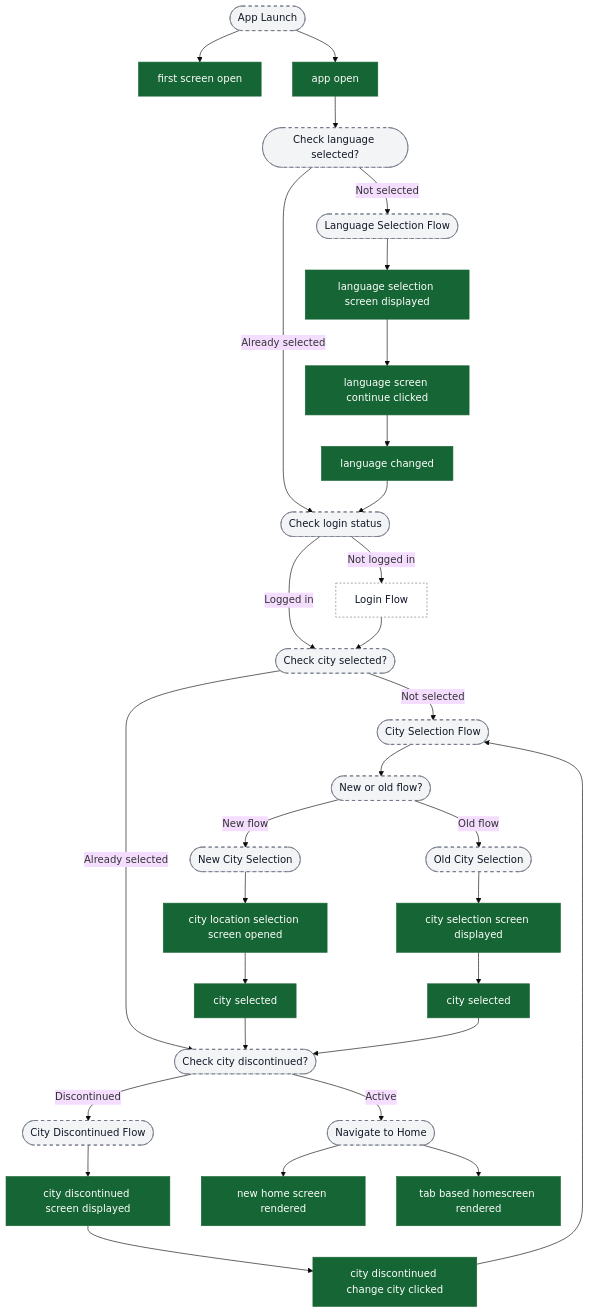
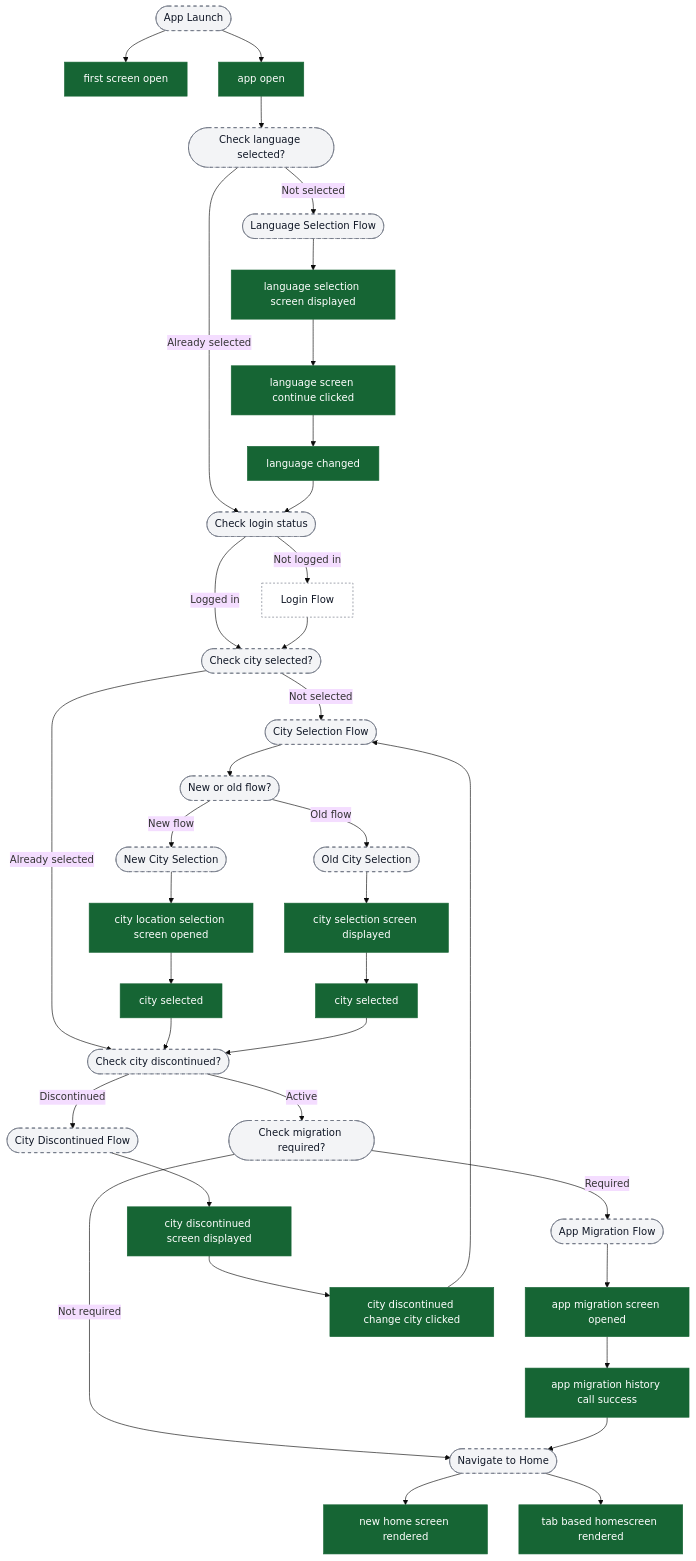
Before and after one commit to ratulsarna/chalo-app-dashboard: the second of 11 diagrams in content/analytics/onboarding/flow-diagrams.md, drawn with Mermaid (base theme). The commit also changed other lines of this file, not shown here.

Commit message:
feat(analytics): add app migration flow and retry strategy to onboarding diagrams

````diff
--- a/content/analytics/onboarding/flow-diagrams.md
+++ b/content/analytics/onboarding/flow-diagrams.md
@@ -34,53 +35,60 @@
 ```mermaid
 flowchart TD
   ui_appLaunch([App Launch]) --> ev_firstScreen["first screen open"]
   ui_appLaunch --> ev_appOpen["app open"]
 
   ev_appOpen --> ui_checkLanguage([Check language selected?])
   ui_checkLanguage -->|Not selected| ui_languageFlow([Language Selection Flow])
   ui_checkLanguage -->|Already selected| ui_checkLogin([Check login status])
 
   ui_languageFlow --> ev_langScreenDisplay["language selection screen displayed"]
   ev_langScreenDisplay --> ev_langContinue["language screen continue clicked"]
   ev_langContinue --> ev_langChanged["language changed"]
   ev_langChanged --> ui_checkLogin
 
   ui_checkLogin -->|Not logged in| ext_loginFlow[Login Flow]
   ui_checkLogin -->|Logged in| ui_checkCity([Check city selected?])
 
   ext_loginFlow --> ui_checkCity
 
   ui_checkCity -->|Not selected| ui_cityFlow([City Selection Flow])
   ui_checkCity -->|Already selected| ui_checkDiscontinued([Check city discontinued?])
 
   ui_cityFlow --> ui_newOrOld([New or old flow?])
   ui_newOrOld -->|New flow| ui_newCityFlow([New City Selection])
   ui_newOrOld -->|Old flow| ui_oldCityFlow([Old City Selection])
 
   ui_newCityFlow --> ev_cityLocScreenOpen["city location selection screen opened"]
   ui_oldCityFlow --> ev_cityScreenDisplay["city selection screen displayed"]
 
   ev_cityLocScreenOpen --> ev_citySelected1["city selected"]
   ev_cityScreenDisplay --> ev_citySelected2["city selected"]
 
   ev_citySelected1 --> ui_checkDiscontinued
   ev_citySelected2 --> ui_checkDiscontinued
 
   ui_checkDiscontinued -->|Discontinued| ui_discontinuedFlow([City Discontinued Flow])
-  ui_checkDiscontinued -->|Active| ui_homeScreen([Navigate to Home])
+  ui_checkDiscontinued -->|Active| ui_checkMigration([Check migration required?])
+
+  ui_checkMigration -->|Required| ui_migrationFlow([App Migration Flow])
+  ui_checkMigration -->|Not required| ui_homeScreen([Navigate to Home])
+
+  ui_migrationFlow --> ev_migrationOpen["app migration screen opened"]
+  ev_migrationOpen --> ev_migrationSuccess["app migration history call success"]
+  ev_migrationSuccess --> ui_homeScreen
 
   ui_discontinuedFlow --> ev_cityDiscontinued["city discontinued screen displayed"]
   ev_cityDiscontinued --> ev_changeCity["city discontinued change city clicked"]
   ev_changeCity --> ui_cityFlow
 
   ui_homeScreen --> ev_newHome["new home screen rendered"]
   ui_homeScreen --> ev_tabHome["tab based homescreen rendered"]
 
   classDef event fill:#166534,stroke:#166534,color:#ffffff;
   classDef ui fill:#f3f4f6,stroke:#6b7280,stroke-dasharray: 5 5,color:#111827;
   classDef external fill:#ffffff,stroke:#6b7280,stroke-dasharray: 3 3,color:#111827;
 
-  class ev_firstScreen,ev_appOpen,ev_langScreenDisplay,ev_langContinue,ev_langChanged,ev_cityLocScreenOpen,ev_cityScreenDisplay,ev_citySelected1,ev_citySelected2,ev_cityDiscontinued,ev_changeCity,ev_newHome,ev_tabHome event;
-  class ui_appLaunch,ui_checkLanguage,ui_languageFlow,ui_checkLogin,ui_checkCity,ui_cityFlow,ui_newOrOld,ui_newCityFlow,ui_oldCityFlow,ui_checkDiscontinued,ui_discontinuedFlow,ui_homeScreen ui;
+  class ev_firstScreen,ev_appOpen,ev_langScreenDisplay,ev_langContinue,ev_langChanged,ev_cityLocScreenOpen,ev_cityScreenDisplay,ev_citySelected1,ev_citySelected2,ev_cityDiscontinued,ev_changeCity,ev_migrationOpen,ev_migrationSuccess,ev_newHome,ev_tabHome event;
+  class ui_appLaunch,ui_checkLanguage,ui_languageFlow,ui_checkLogin,ui_checkCity,ui_cityFlow,ui_newOrOld,ui_newCityFlow,ui_oldCityFlow,ui_checkDiscontinued,ui_discontinuedFlow,ui_checkMigration,ui_migrationFlow,ui_homeScreen ui;
   class ext_loginFlow external;
 ```
````
